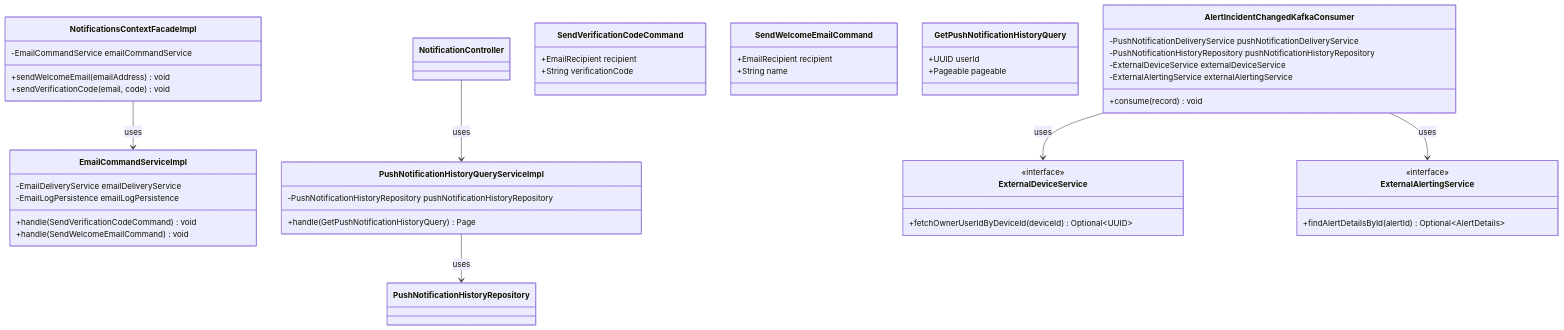
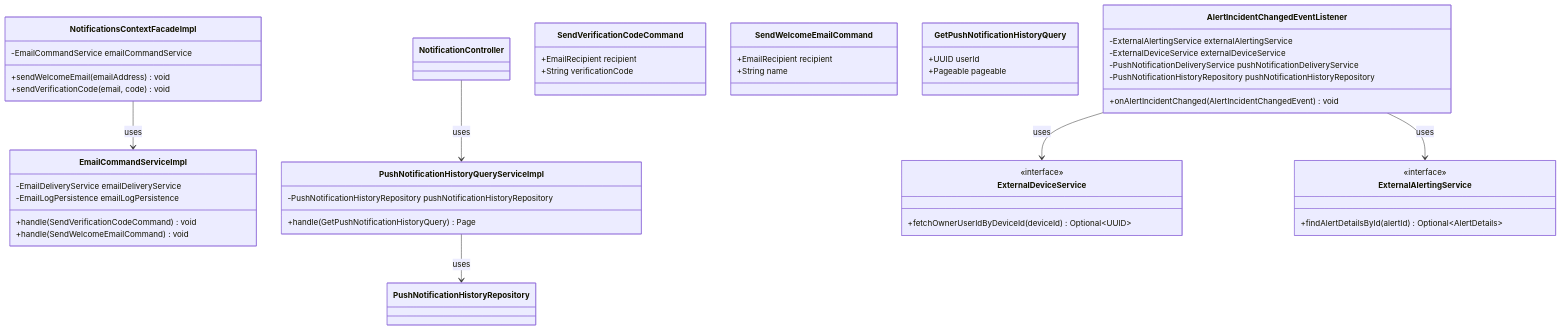
Before and after one commit to Vanana-Desarrollo-de-Soluciones-IOT/clair-core: the third of 5 diagrams in docs/class-diagrams/notifications-bc.md, drawn with Mermaid. The commit also changed other lines of this file and 54 other files, not shown here.

````diff
--- a/docs/class-diagrams/notifications-bc.md
+++ b/docs/class-diagrams/notifications-bc.md
@@ -208,51 +210,51 @@
 ```mermaid
 classDiagram
 class EmailCommandServiceImpl {
     -EmailDeliveryService emailDeliveryService
     -EmailLogPersistence emailLogPersistence
     +handle(SendVerificationCodeCommand) void
     +handle(SendWelcomeEmailCommand) void
 }
 class NotificationsContextFacadeImpl {
     -EmailCommandService emailCommandService
     +sendWelcomeEmail(emailAddress) void
     +sendVerificationCode(email, code) void
 }
 class PushNotificationHistoryQueryServiceImpl {
     -PushNotificationHistoryRepository pushNotificationHistoryRepository
     +handle(GetPushNotificationHistoryQuery) Page
 }
-class AlertIncidentChangedKafkaConsumer {
+class AlertIncidentChangedEventListener {
+    -ExternalAlertingService externalAlertingService
+    -ExternalDeviceService externalDeviceService
     -PushNotificationDeliveryService pushNotificationDeliveryService
     -PushNotificationHistoryRepository pushNotificationHistoryRepository
-    -ExternalDeviceService externalDeviceService
-    -ExternalAlertingService externalAlertingService
-    +consume(record) void
+    +onAlertIncidentChanged(AlertIncidentChangedEvent) void
 }
 class ExternalDeviceService {
     <<interface>>
     +fetchOwnerUserIdByDeviceId(deviceId) Optional~UUID~
 }
 class ExternalAlertingService {
     <<interface>>
     +findAlertDetailsById(alertId) Optional~AlertDetails~
 }
 class SendVerificationCodeCommand {
     +EmailRecipient recipient
     +String verificationCode
 }
 class SendWelcomeEmailCommand {
     +EmailRecipient recipient
     +String name
 }
 class GetPushNotificationHistoryQuery {
     +UUID userId
     +Pageable pageable
 }
 
 NotificationsContextFacadeImpl --> EmailCommandServiceImpl : uses
-AlertIncidentChangedKafkaConsumer --> ExternalDeviceService : uses
-AlertIncidentChangedKafkaConsumer --> ExternalAlertingService : uses
+AlertIncidentChangedEventListener --> ExternalDeviceService : uses
+AlertIncidentChangedEventListener --> ExternalAlertingService : uses
 PushNotificationHistoryQueryServiceImpl --> PushNotificationHistoryRepository : uses
 NotificationController --> PushNotificationHistoryQueryServiceImpl : uses
 ```
````
